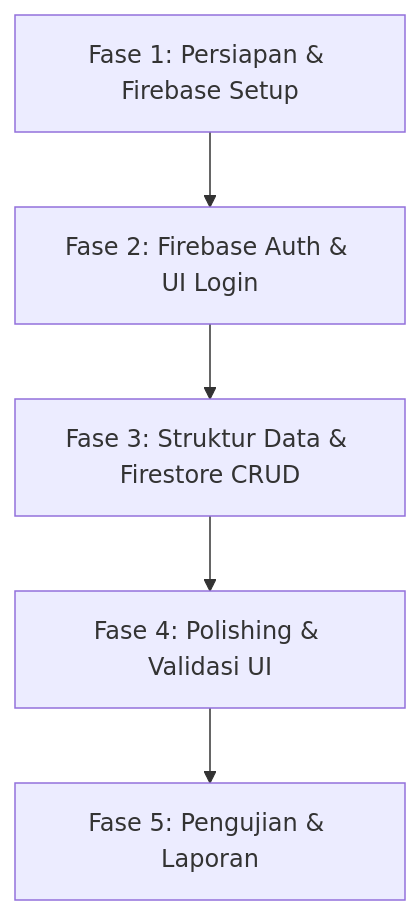
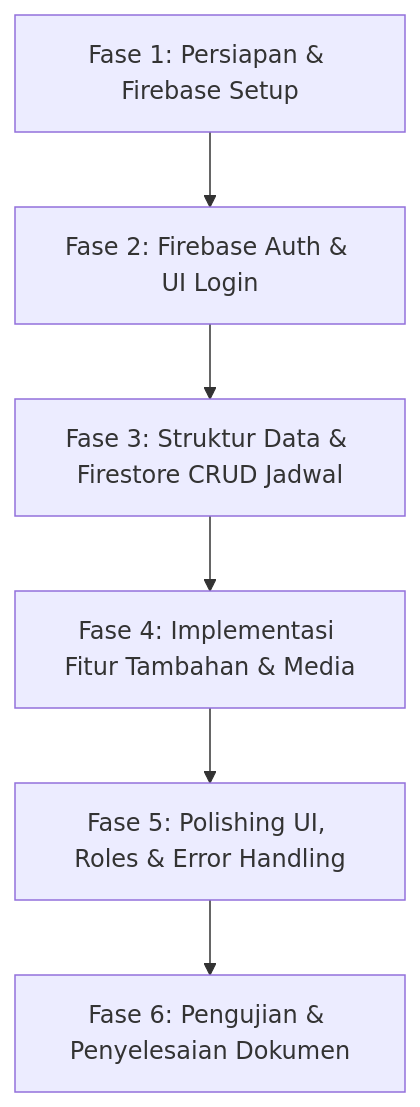
The diagram in docs/requirements_and_phases.md (alwaysYSL/appronda), drawn with Mermaid before and after one commit. The commit also changed other lines of this file and 9 other files, not shown here.

Commit message:
feat: implement Firestore CRUD for patrol schedules and role-based access (Fase 3)

````diff
--- a/docs/requirements_and_phases.md
+++ b/docs/requirements_and_phases.md
@@ -52,7 +83,8 @@
 ```mermaid
 graph TD
     F1[Fase 1: Persiapan & Firebase Setup] --> F2[Fase 2: Firebase Auth & UI Login]
-    F2 --> F3[Fase 3: Struktur Data & Firestore CRUD]
-    F3 --> F4[Fase 4: Polishing & Validasi UI]
-    F4 --> F5[Fase 5: Pengujian & Laporan]
+    F2 --> F3[Fase 3: Struktur Data & Firestore CRUD Jadwal]
+    F3 --> F4[Fase 4: Implementasi Fitur Tambahan & Media]
+    F4 --> F5[Fase 5: Polishing UI, Roles & Error Handling]
+    F5 --> F6[Fase 6: Pengujian & Penyelesaian Dokumen]
 ```
````
